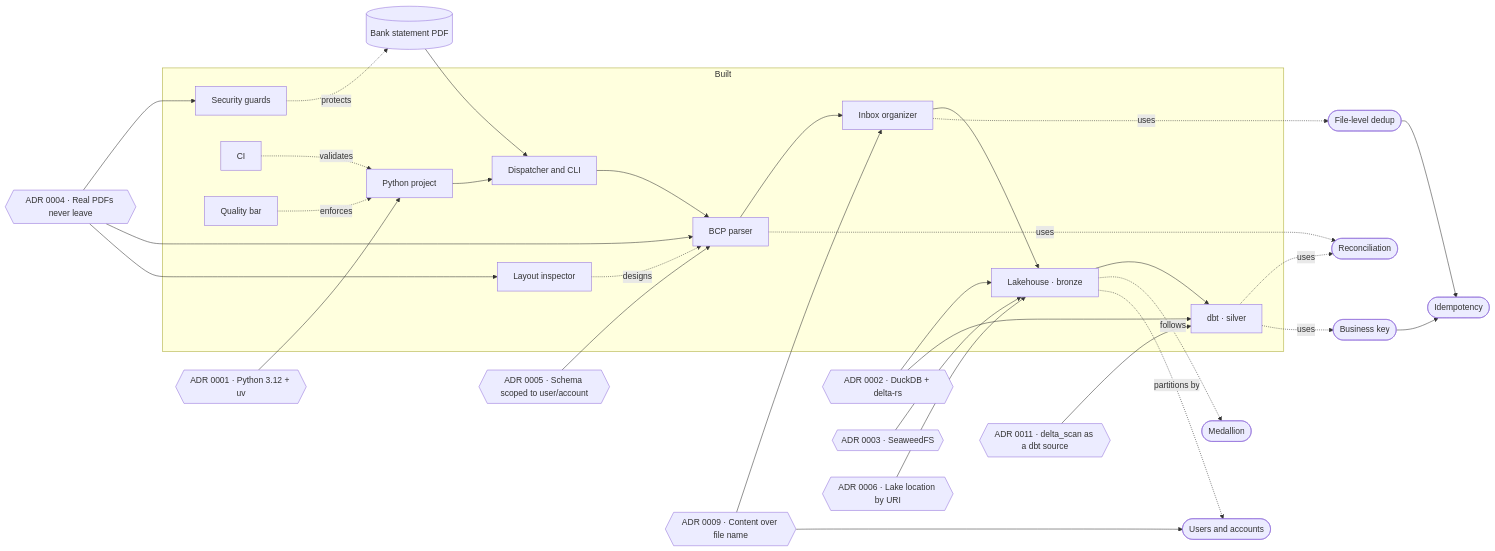
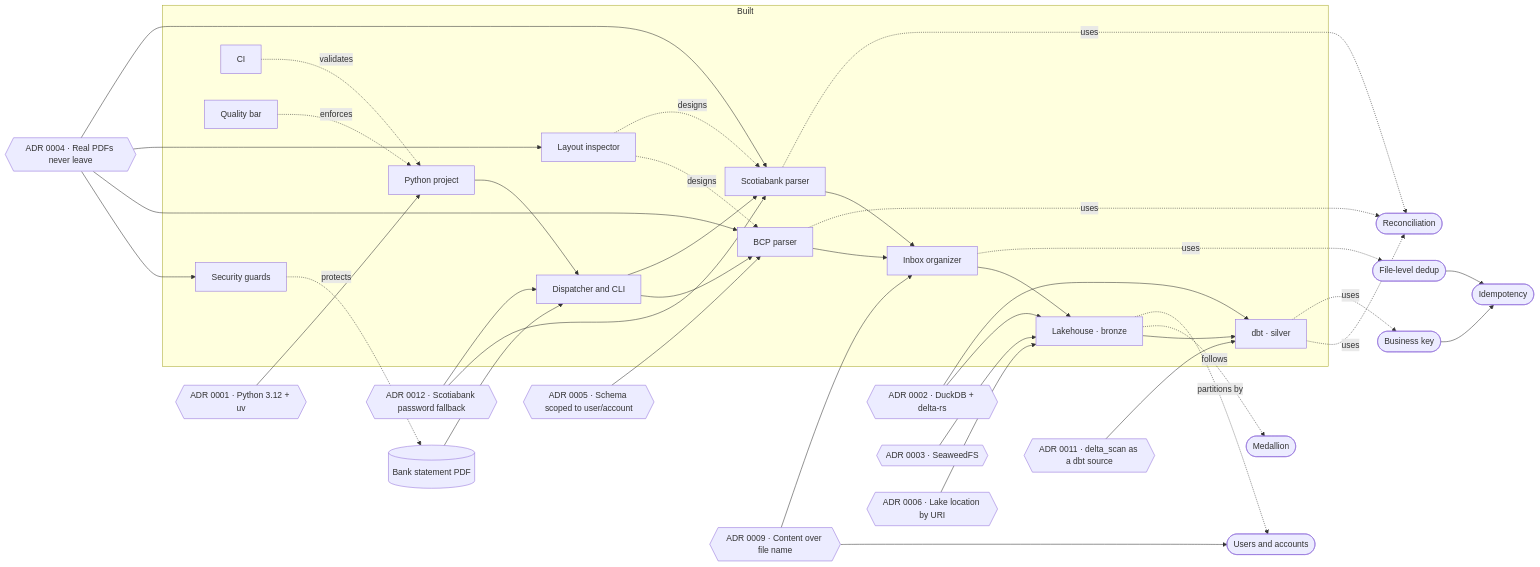
Before and after one commit to PieroRios2000/personal-finance-platform: the diagram in brain/README.md, drawn with Mermaid. The commit also changed other lines of this file, not shown here.

Commit message:
docs: add the Scotiabank parser to the brain's map and index (T18)
Claude-Session: https://claude.ai/code/session_01BZtrfKgffHsxxpdnAhxyhy

````diff
--- a/brain/README.md
+++ b/brain/README.md
@@ -12,46 +12,53 @@
 ```mermaid
 flowchart LR
     PDF[("Bank statement PDF")]
 
     subgraph built["Built"]
         GS["Security guards"]
         PY["Python project"]
         CI["CI"]
         INS["Layout inspector"]
         CAL["Quality bar"]
         CLID["Dispatcher and CLI"]
         BCP["BCP parser"]
+        SCOTIA["Scotiabank parser"]
         ORG["Inbox organizer"]
         LAKE["Lakehouse · bronze"]
         DBT["dbt · silver"]
     end
 
     PDF --> CLID --> BCP --> ORG --> LAKE --> DBT
+    CLID --> SCOTIA --> ORG
     PY --> CLID
     CI -. validates .-> PY
     GS -. protects .-> PDF
     INS -. designs .-> BCP
+    INS -. designs .-> SCOTIA
     CAL -. enforces .-> PY
 
     BCP -. uses .-> REC(["Reconciliation"])
+    SCOTIA -. uses .-> REC
     ORG -. uses .-> DED(["File-level dedup"])
     LAKE -. follows .-> MED(["Medallion"])
     LAKE -. partitions by .-> UA(["Users and accounts"])
     DBT -. uses .-> REC
     DBT -. uses .-> BK(["Business key"])
     DED --> IDE(["Idempotency"])
     BK --> IDE
 
     A1{{"ADR 0001 · Python 3.12 + uv"}} --> PY
     A2{{"ADR 0002 · DuckDB + delta-rs"}} --> LAKE
     A2 --> DBT
     A3{{"ADR 0003 · SeaweedFS"}} --> LAKE
     A4{{"ADR 0004 · Real PDFs never leave"}} --> GS
     A4 --> BCP
     A4 --> INS
+    A4 --> SCOTIA
     A5{{"ADR 0005 · Schema scoped to user/account"}} --> BCP
     A6{{"ADR 0006 · Lake location by URI"}} --> LAKE
     A9{{"ADR 0009 · Content over file name"}} --> ORG
     A9 --> UA
     A11{{"ADR 0011 · delta_scan as a dbt source"}} --> DBT
+    A12{{"ADR 0012 · Scotiabank password fallback"}} --> SCOTIA
+    A12 --> CLID
 ```
````
